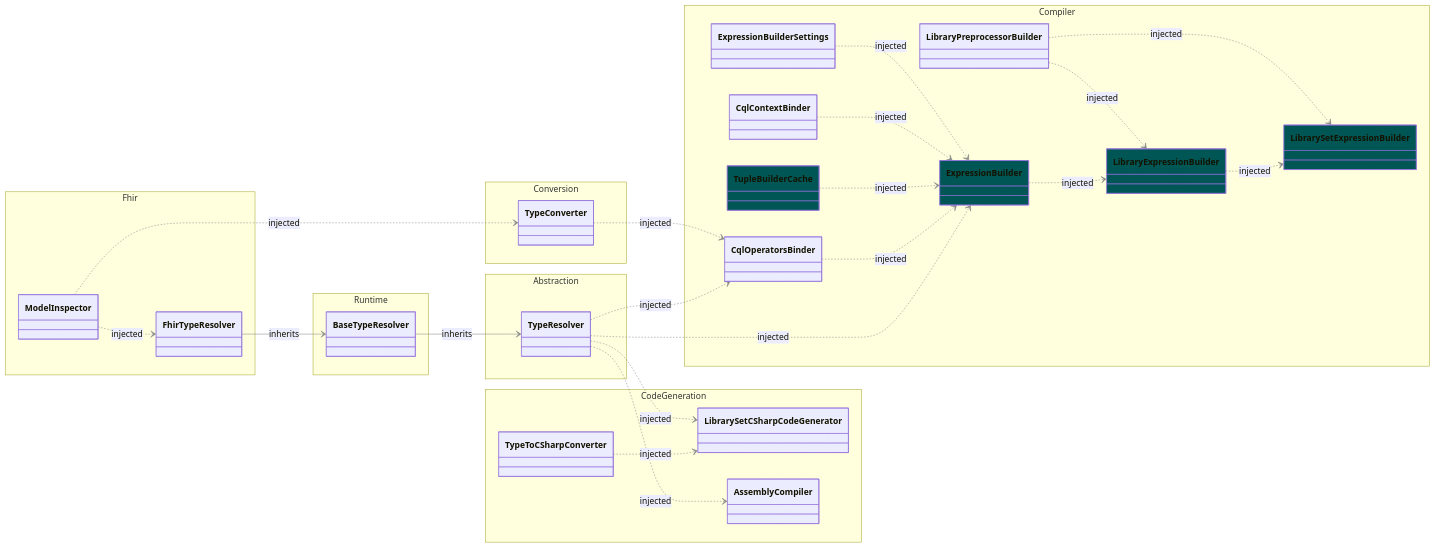
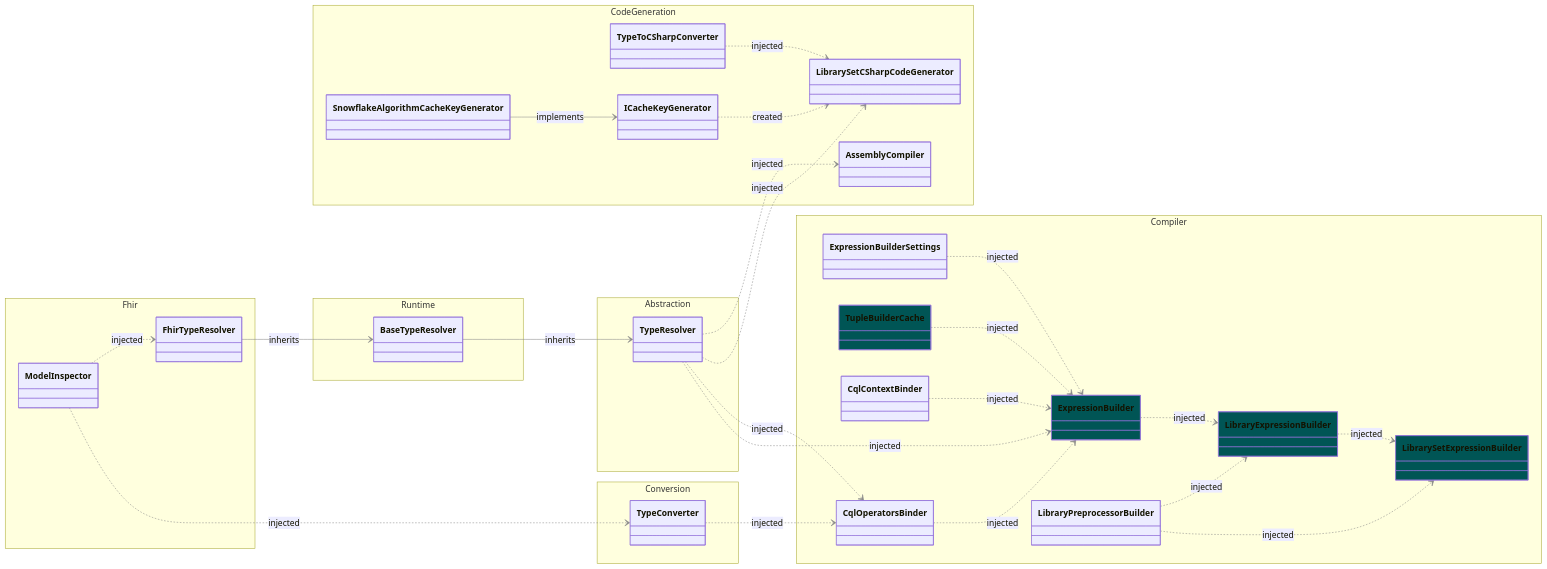
Before and after one commit to kairo-x26/firely-cql-sdk: the first of 3 diagrams in docs/dependency-diagrams.md, drawn with Mermaid.

Commit message:
Add ICacheKeyGenerator and SnowflakeAlgorithmCacheKeyGenerator to dependency diagram

````diff
--- a/docs/dependency-diagrams.md
+++ b/docs/dependency-diagrams.md
@@ -16,78 +16,82 @@
 ```mermaid
 %%{init: {
     'themeVariables':{  
       'lineColor': '#888',
       'lineWidth': 4
 }}}%%
 
 classDiagram
 
     direction LR
 
     namespace Compiler {
         class LibrarySetExpressionBuilder { }    
         class LibraryExpressionBuilder { }    
         class ExpressionBuilder { }    
         class ExpressionBuilderSettings { }    
         class TupleBuilderCache { }
         class CqlContextBinder { }
         class CqlOperatorsBinder { }       
         class LibraryPreprocessorBuilder { }
     }
 
     namespace CodeGeneration {
         class TypeToCSharpConverter { }
         class LibrarySetCSharpCodeGenerator { }
         class AssemblyCompiler { }
+        class ICacheKeyGenerator { }
+        class SnowflakeAlgorithmCacheKeyGenerator { }
     }
 
     namespace Abstraction {
         class TypeResolver { }
     }
 
     namespace Runtime {
         class BaseTypeResolver { }
     }
 
     namespace Fhir {
         class FhirTypeResolver { }
         class ModelInspector { }
     }
 
     namespace Conversion {
         class TypeConverter { }
     }
 
     %% Style Scoped Types as Cyan
     style LibrarySetExpressionBuilder fill:#055
     style LibraryExpressionBuilder fill:#055
     style ExpressionBuilder fill:#055
     style TupleBuilderCache fill:#055
     
     %% Inheritance  
     BaseTypeResolver --> TypeResolver : inherits
     FhirTypeResolver --> BaseTypeResolver : inherits
+    SnowflakeAlgorithmCacheKeyGenerator --> ICacheKeyGenerator : implements
     
     %% Dependencies                                                 
     LibraryExpressionBuilder ..> LibrarySetExpressionBuilder : injected
     LibraryPreprocessorBuilder ..> LibrarySetExpressionBuilder : injected
     ExpressionBuilder ..> LibraryExpressionBuilder : injected
     LibraryPreprocessorBuilder ..> LibraryExpressionBuilder : injected
 
     TypeResolver ..> ExpressionBuilder : injected
     CqlOperatorsBinder ..> ExpressionBuilder : injected
     TupleBuilderCache ..> ExpressionBuilder : injected
     CqlContextBinder ..> ExpressionBuilder : injected
     ExpressionBuilderSettings ..> ExpressionBuilder : injected
 
     TypeResolver ..> CqlOperatorsBinder : injected
     TypeConverter ..> CqlOperatorsBinder : injected
 
     ModelInspector ..> TypeConverter : injected  
     ModelInspector ..> FhirTypeResolver : injected  
 
     TypeToCSharpConverter ..> LibrarySetCSharpCodeGenerator : injected
     TypeResolver ..> LibrarySetCSharpCodeGenerator : injected
+    ICacheKeyGenerator ..> LibrarySetCSharpCodeGenerator : created
 
     TypeResolver ..> AssemblyCompiler : injected
 ```
````
